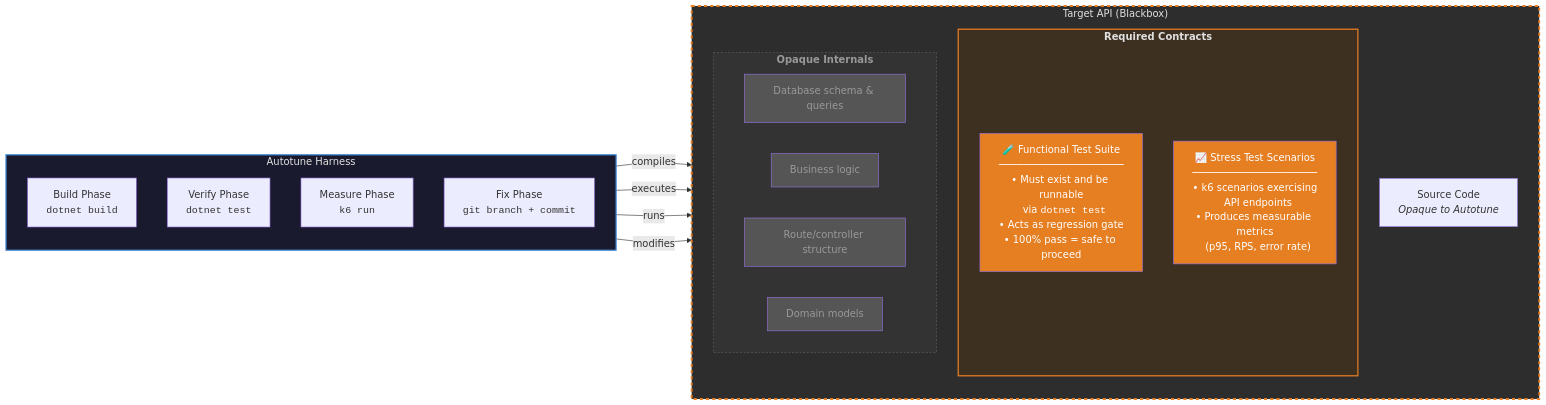
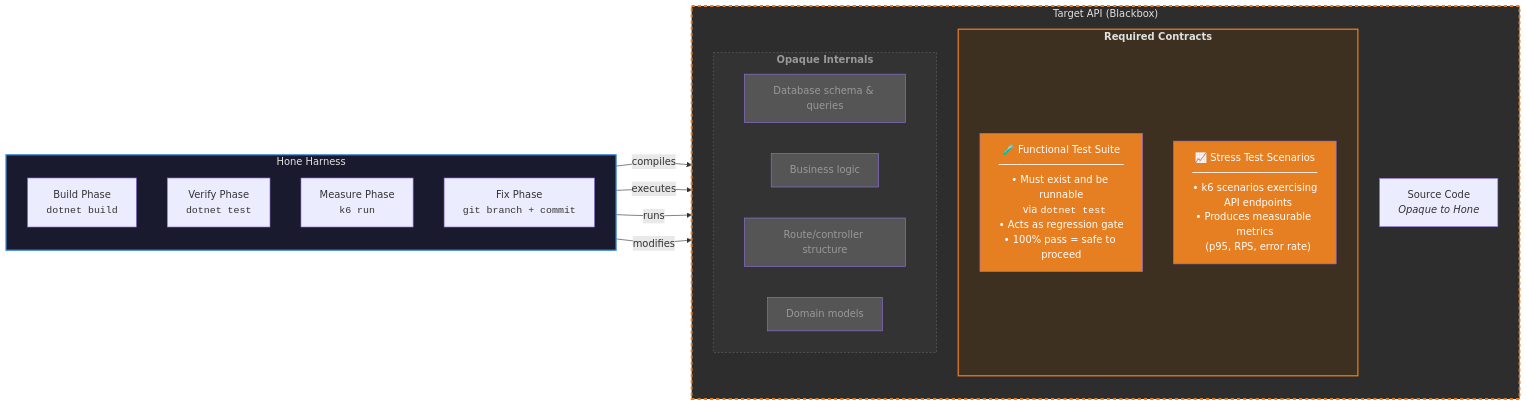
One commit to J-Bax/Hone changed the third of 6 diagrams in README.md. Above: the diagram before and after it, drawn with Mermaid. The commit also changed other lines of this file and 37 other files, not shown here.

````diff
--- a/README.md
+++ b/README.md
@@ -105,43 +105,43 @@
 ```mermaid
 graph LR
-    subgraph AUTOTUNE["Autotune Harness"]
+    subgraph HONE["Hone Harness"]
         direction TB
         BUILD_CMD["Build Phase<br/><code>dotnet build</code>"]
         TEST_CMD["Verify Phase<br/><code>dotnet test</code>"]
         PERF_CMD["Measure Phase<br/><code>k6 run</code>"]
         FIX_CMD["Fix Phase<br/><code>git branch + commit</code>"]
     end
 
     subgraph BLACKBOX["Target API (Blackbox)"]
         direction TB
-        SRC["Source Code<br/><i>Opaque to Autotune</i>"]
+        SRC["Source Code<br/><i>Opaque to Hone</i>"]
 
         subgraph REQUIRED["<b>Required Contracts</b>"]
             FUNC["🧪 Functional Test Suite<br/>─────────────────────<br/>• Must exist and be runnable<br/>  via <code>dotnet test</code><br/>• Acts as regression gate<br/>• 100% pass = safe to proceed"]
             STRESS["📈 Stress Test Scenarios<br/>─────────────────────<br/>• k6 scenarios exercising<br/>  API endpoints<br/>• Produces measurable metrics<br/>  (p95, RPS, error rate)"]
         end
 
         subgraph OPAQUE["<b>Opaque Internals</b>"]
             DB["Database schema & queries"]
             LOGIC["Business logic"]
             ROUTES["Route/controller structure"]
             MODELS["Domain models"]
         end
     end
 
     BUILD_CMD -- "compiles" --> SRC
     TEST_CMD -- "executes" --> FUNC
     PERF_CMD -- "runs" --> STRESS
     FIX_CMD -- "modifies" --> SRC
 
     style BLACKBOX fill:#2d2d2d,color:#e0e0e0,stroke:#e67e22,stroke-width:3px,stroke-dasharray: 5 5
-    style AUTOTUNE fill:#1a1a2e,color:#e0e0e0,stroke:#4a90d9,stroke-width:2px
+    style HONE fill:#1a1a2e,color:#e0e0e0,stroke:#4a90d9,stroke-width:2px
     style REQUIRED fill:#3d3020,color:#e0e0e0,stroke:#e67e22,stroke-width:2px
     style OPAQUE fill:#333,color:#999,stroke:#666,stroke-width:1px,stroke-dasharray: 3 3
     style FUNC fill:#e67e22,color:#fff
     style STRESS fill:#e67e22,color:#fff
     style DB fill:#555,color:#999
     style LOGIC fill:#555,color:#999
     style MODELS fill:#555,color:#999
     style ROUTES fill:#555,color:#999
 ```
````
